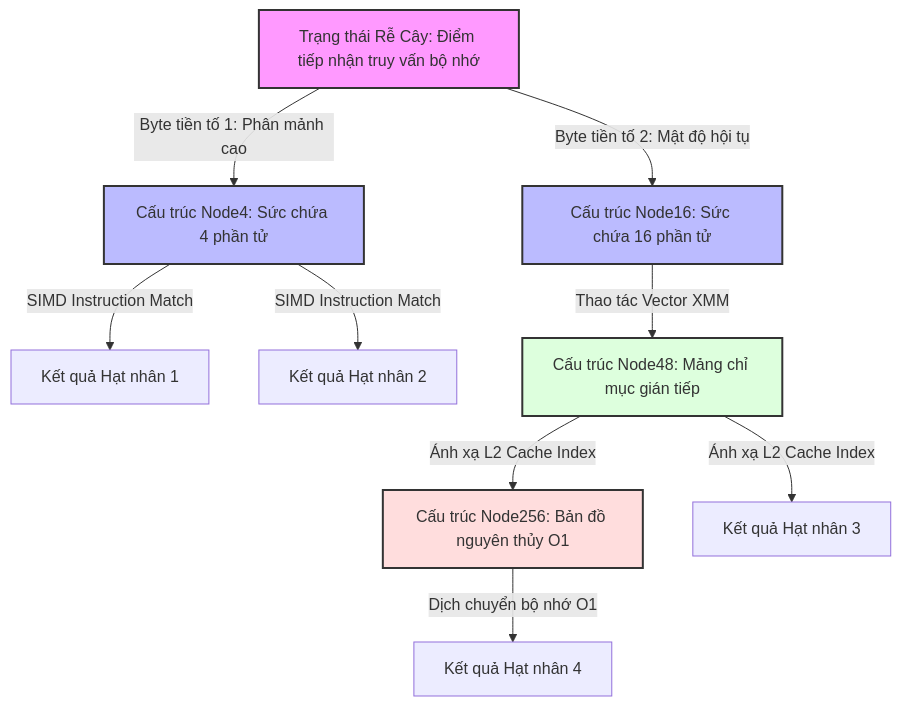
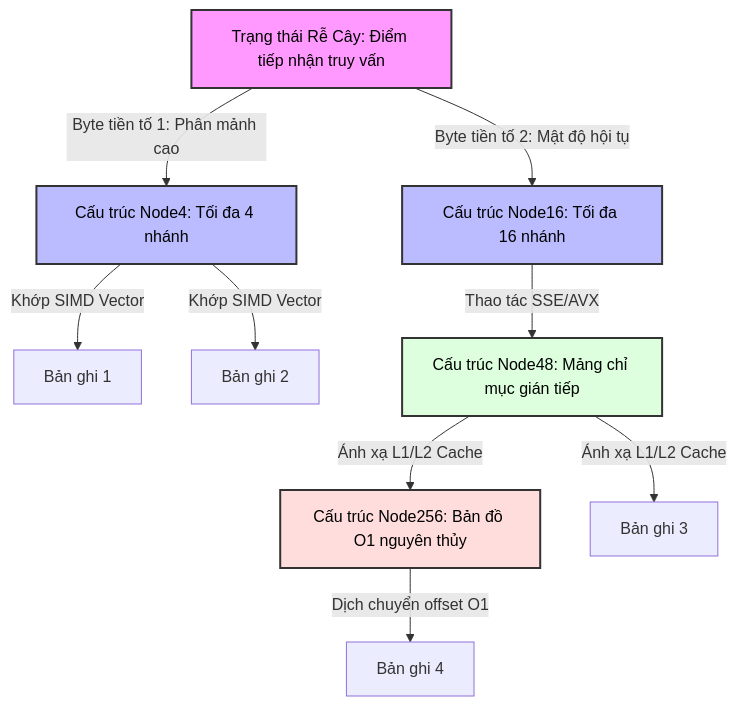
Before and after one commit to caubebinhan/landingpage: the diagram in blogs/part-3/22-adaptive-radix-trees.md, drawn with Mermaid. The commit also changed other lines of this file and 6563 other files, not shown here.

````diff
--- a/blogs/part-3/22-adaptive-radix-trees.md
+++ b/blogs/part-3/22-adaptive-radix-trees.md
@@ -9,16 +37,17 @@
 ```mermaid
 graph TD
-    Root[Trạng thái Rễ Cây: Điểm tiếp nhận truy vấn bộ nhớ] -->|Byte tiền tố 1: Phân mảnh cao| N4[Cấu trúc Node4: Sức chứa 4 phần tử]
-    Root -->|Byte tiền tố 2: Mật độ hội tụ| N16[Cấu trúc Node16: Sức chứa 16 phần tử]
-    N4 -->|SIMD Instruction Match| Leaf1[Kết quả Hạt nhân 1]
-    N4 -->|SIMD Instruction Match| Leaf2[Kết quả Hạt nhân 2]
-    N16 -->|Thao tác Vector XMM| N48[Cấu trúc Node48: Mảng chỉ mục gián tiếp]
-    N48 -->|Ánh xạ L2 Cache Index| N256[Cấu trúc Node256: Bản đồ nguyên thủy O1]
-    N48 -->|Ánh xạ L2 Cache Index| Leaf3[Kết quả Hạt nhân 3]
-    N256 -->|Dịch chuyển bộ nhớ O1| Leaf4[Kết quả Hạt nhân 4]
-    style Root fill:#f9f,stroke:#333,stroke-width:2px
-    style N4 fill:#bbf,stroke:#333,stroke-width:2px
-    style N16 fill:#bbf,stroke:#333,stroke-width:2px
-    style N48 fill:#dfd,stroke:#333,stroke-width:2px
-    style N256 fill:#fdd,stroke:#333,stroke-width:2px
+    Root[Trạng thái Rễ Cây: Điểm tiếp nhận truy vấn] -->|Byte tiền tố 1: Phân mảnh cao| N4[Cấu trúc Node4: Tối đa 4 nhánh]
+    Root -->|Byte tiền tố 2: Mật độ hội tụ| N16[Cấu trúc Node16: Tối đa 16 nhánh]
+    N4 -->|Khớp SIMD Vector| Leaf1[Bản ghi 1]
+    N4 -->|Khớp SIMD Vector| Leaf2[Bản ghi 2]
+    N16 -->|Thao tác SSE/AVX| N48[Cấu trúc Node48: Mảng chỉ mục gián tiếp]
+    N48 -->|Ánh xạ L1/L2 Cache| N256[Cấu trúc Node256: Bản đồ O1 nguyên thủy]
+    N48 -->|Ánh xạ L1/L2 Cache| Leaf3[Bản ghi 3]
+    N256 -->|Dịch chuyển offset O1| Leaf4[Bản ghi 4]
+    
+    style Root fill:#f9f,stroke:#333,stroke-width:2px,color:#000
+    style N4 fill:#bbf,stroke:#333,stroke-width:2px,color:#000
+    style N16 fill:#bbf,stroke:#333,stroke-width:2px,color:#000
+    style N48 fill:#dfd,stroke:#333,stroke-width:2px,color:#000
+    style N256 fill:#fdd,stroke:#333,stroke-width:2px,color:#000
 ```
````
